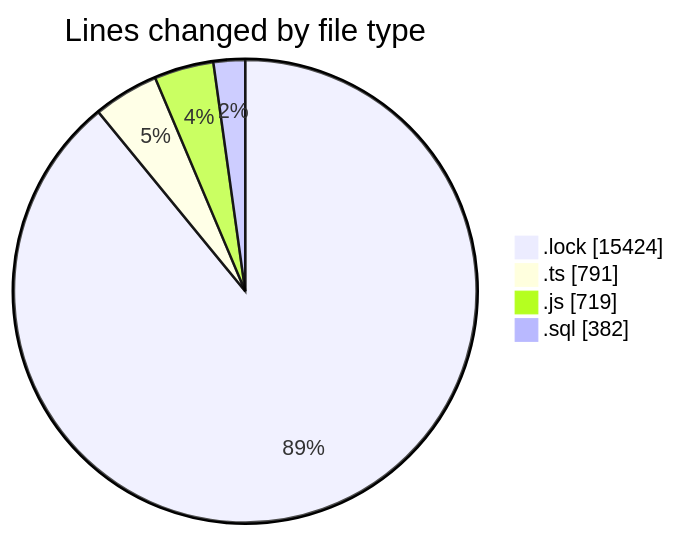
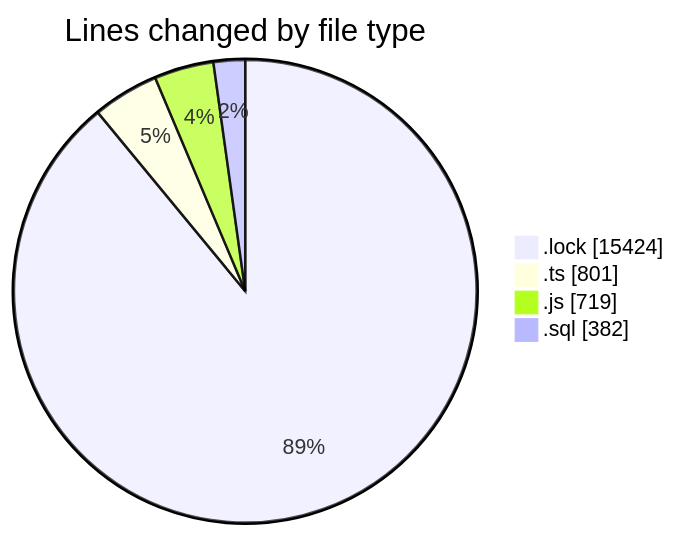
The first of 2 diagrams in 2025-05-22/cda/README.md (momahboobian/code-tracking), drawn with Mermaid before and after one commit. The commit also changed other lines of this file and 1 other file, not shown here.

````diff
--- a/2025-05-22/cda/README.md
+++ b/2025-05-22/cda/README.md
@@ -27,8 +27,8 @@
 ```mermaid
 pie showData
 title Lines changed by file type
 ".lock" : 15424
-".ts" : 791
+".ts" : 801
 ".js" : 719
 ".sql" : 382
 ```
````
